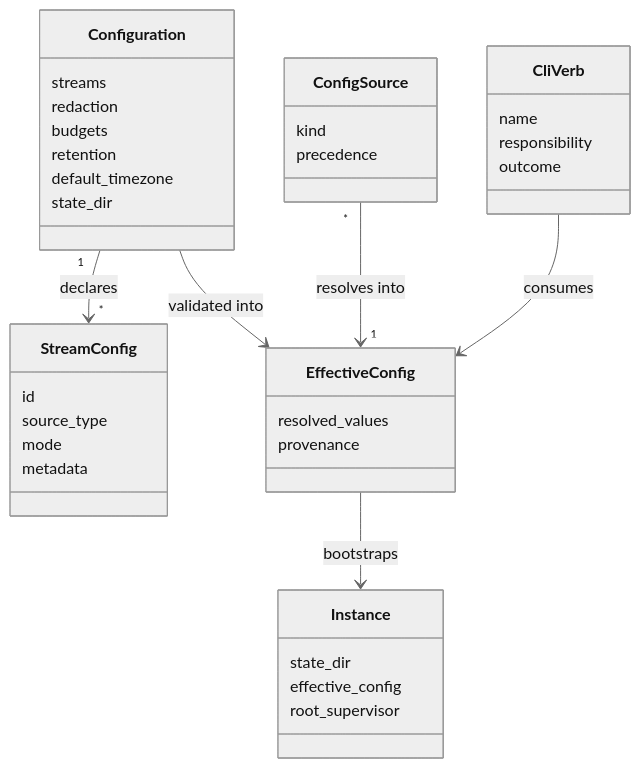
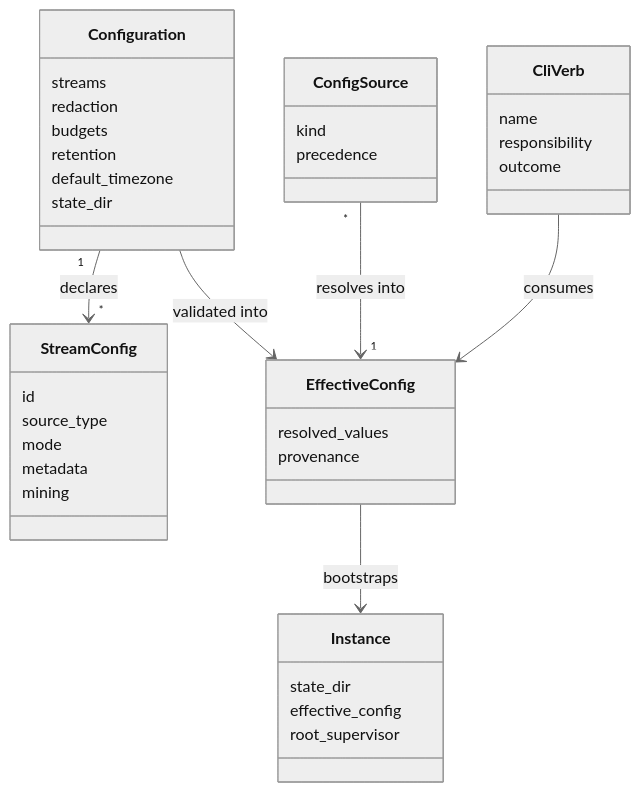
Before and after one commit to carvalhosauro/lode: the third of 6 diagrams in RFC/RFC-0016-Configuration-And-CLI-Model.md, drawn with Mermaid (neutral theme). The commit also changed other lines of this file, not shown here.

First line of the commit message:
docs(rfc): add mining tunables surface to StreamConfig

````diff
--- a/RFC/RFC-0016-Configuration-And-CLI-Model.md
+++ b/RFC/RFC-0016-Configuration-And-CLI-Model.md
@@ -119,47 +119,48 @@
 ```mermaid
 classDiagram
 
 class Configuration {
   streams
   redaction
   budgets
   retention
   default_timezone
   state_dir
 }
 
 class StreamConfig {
   id
   source_type
   mode
   metadata
+  mining
 }
 
 class ConfigSource {
   kind
   precedence
 }
 
 class EffectiveConfig {
   resolved_values
   provenance
 }
 
 class CliVerb {
   name
   responsibility
   outcome
 }
 
 class Instance {
   state_dir
   effective_config
   root_supervisor
 }
 
 Configuration "1" --> "*" StreamConfig : declares
 ConfigSource "*" --> "1" EffectiveConfig : resolves into
 Configuration --> EffectiveConfig : validated into
 CliVerb --> EffectiveConfig : consumes
 EffectiveConfig --> Instance : bootstraps
 ```
````
